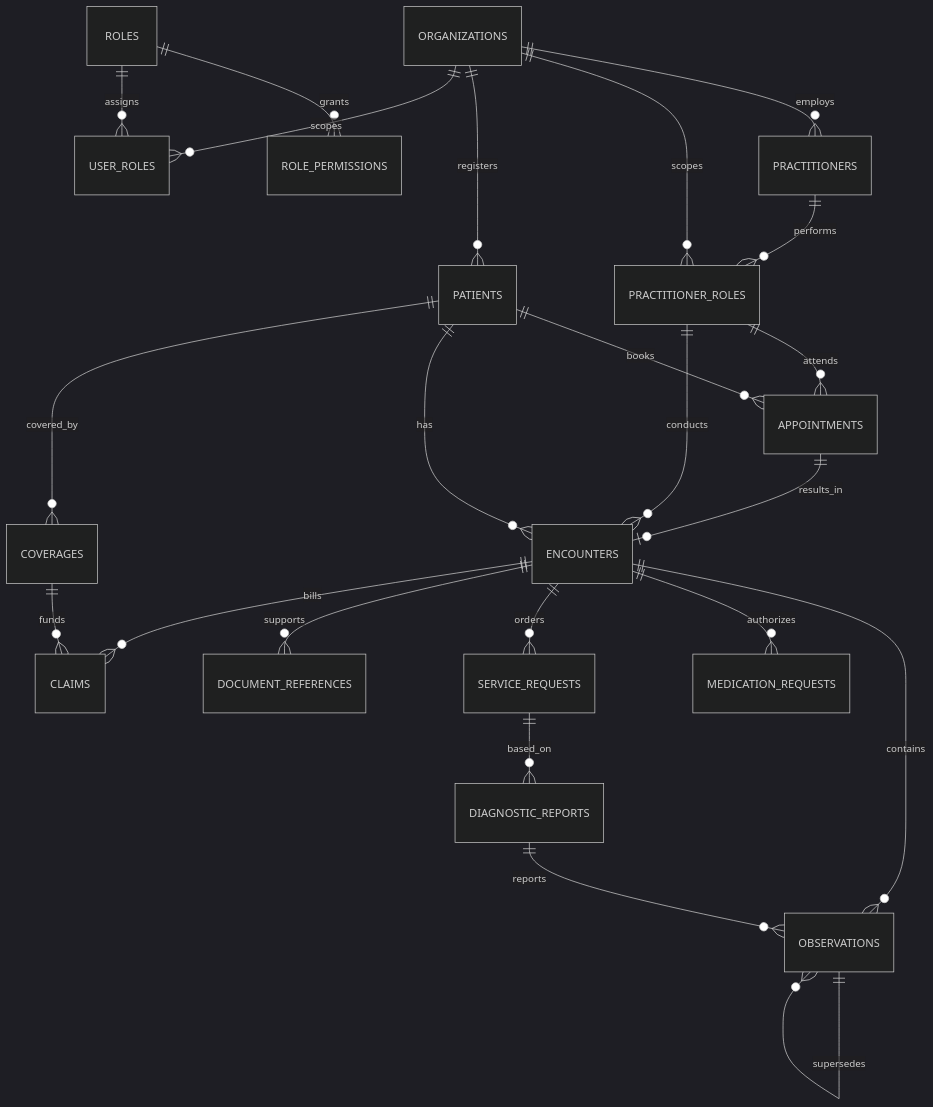
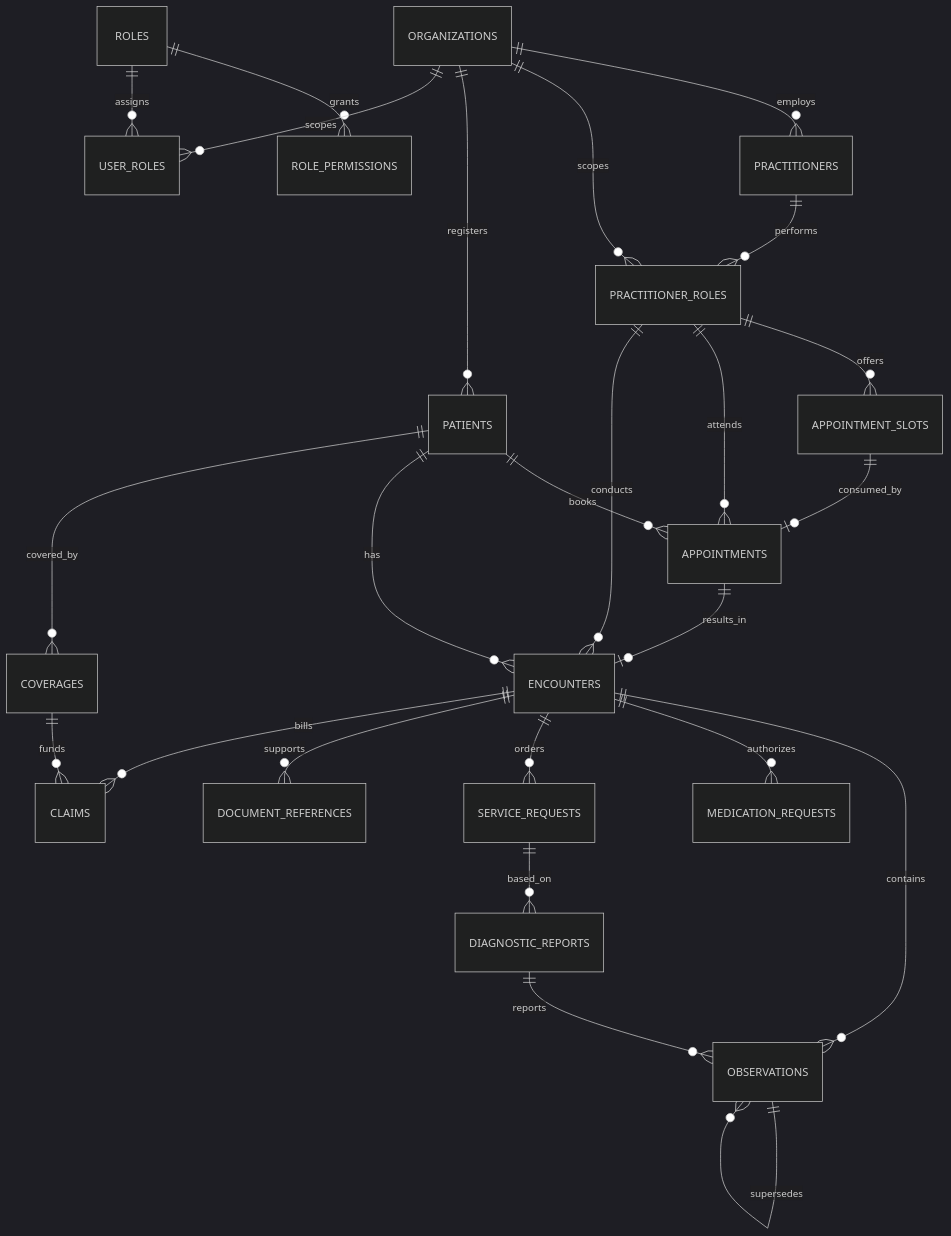
One commit to danken4445/ODC-Healthchare-OS changed the diagram in supabase/ERD.md. Above: the diagram before and after it, drawn with Mermaid (dark theme). The commit also changed other lines of this file and 19 other files, not shown here.

````diff
--- a/supabase/ERD.md
+++ b/supabase/ERD.md
@@ -6,25 +6,27 @@
 ```mermaid
 erDiagram
   ORGANIZATIONS ||--o{ PRACTITIONERS : employs
   ORGANIZATIONS ||--o{ PRACTITIONER_ROLES : scopes
   PRACTITIONERS ||--o{ PRACTITIONER_ROLES : performs
   ORGANIZATIONS ||--o{ PATIENTS : registers
   PATIENTS ||--o{ APPOINTMENTS : books
+  PRACTITIONER_ROLES ||--o{ APPOINTMENT_SLOTS : offers
+  APPOINTMENT_SLOTS ||--o| APPOINTMENTS : consumed_by
   PRACTITIONER_ROLES ||--o{ APPOINTMENTS : attends
   APPOINTMENTS ||--o| ENCOUNTERS : results_in
   PATIENTS ||--o{ ENCOUNTERS : has
   PRACTITIONER_ROLES ||--o{ ENCOUNTERS : conducts
   ENCOUNTERS ||--o{ OBSERVATIONS : contains
   OBSERVATIONS ||--o{ OBSERVATIONS : supersedes
   ENCOUNTERS ||--o{ MEDICATION_REQUESTS : authorizes
   ENCOUNTERS ||--o{ SERVICE_REQUESTS : orders
   SERVICE_REQUESTS ||--o{ DIAGNOSTIC_REPORTS : based_on
   DIAGNOSTIC_REPORTS ||--o{ OBSERVATIONS : reports
   ENCOUNTERS ||--o{ DOCUMENT_REFERENCES : supports
   PATIENTS ||--o{ COVERAGES : covered_by
   COVERAGES ||--o{ CLAIMS : funds
   ENCOUNTERS ||--o{ CLAIMS : bills
   ROLES ||--o{ ROLE_PERMISSIONS : grants
   ROLES ||--o{ USER_ROLES : assigns
   ORGANIZATIONS ||--o{ USER_ROLES : scopes
 ```
````
